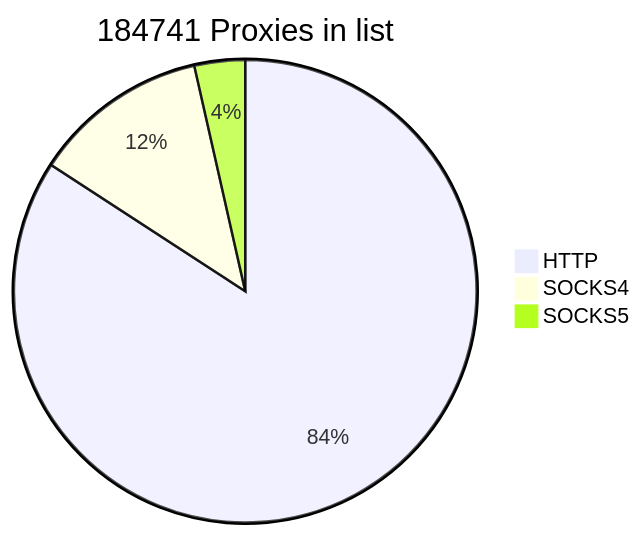
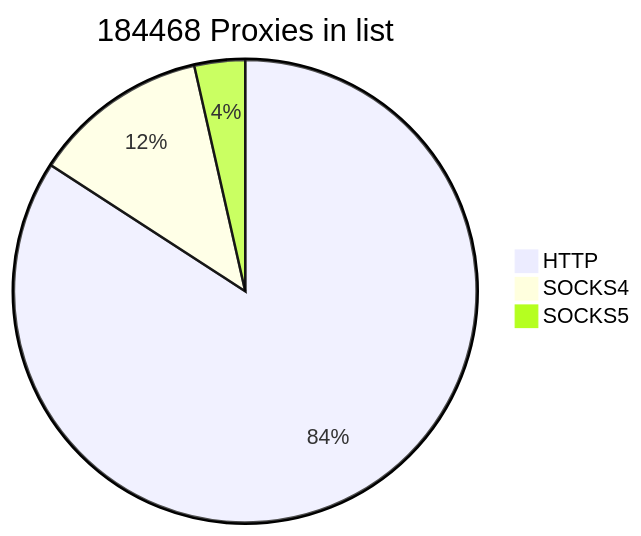
One commit to cutipu/proxylist changed the first of 2 diagrams in README.md. Above: the diagram before and after it, drawn with Mermaid. The commit also changed other lines of this file, not shown here.

````diff
--- a/README.md
+++ b/README.md
@@ -2,7 +2,7 @@
 ```mermaid
-pie title 184741 Proxies in list
-    "HTTP" : 155511
-    "SOCKS4" : 22694
-    "SOCKS5" : 6536
+pie title 184468 Proxies in list
+    "HTTP" : 155244
+    "SOCKS4" : 22693
+    "SOCKS5" : 6531
             
 ```
````
